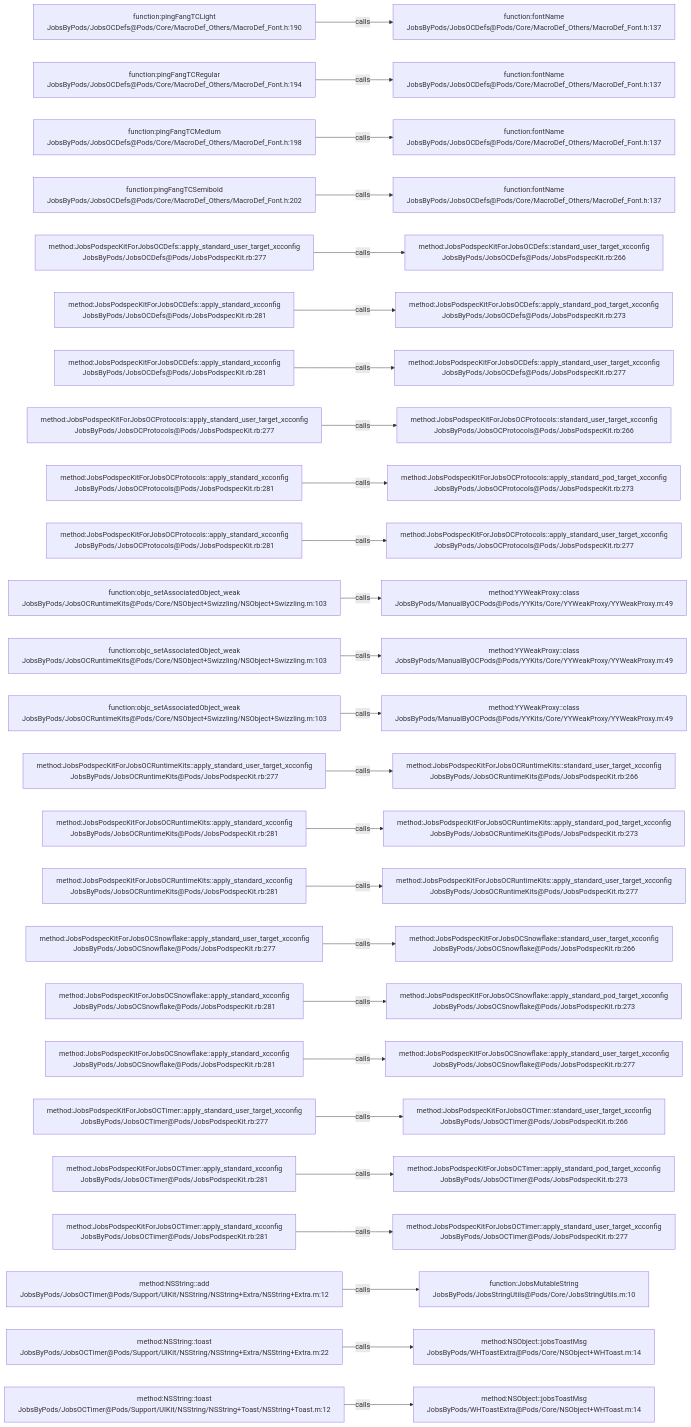
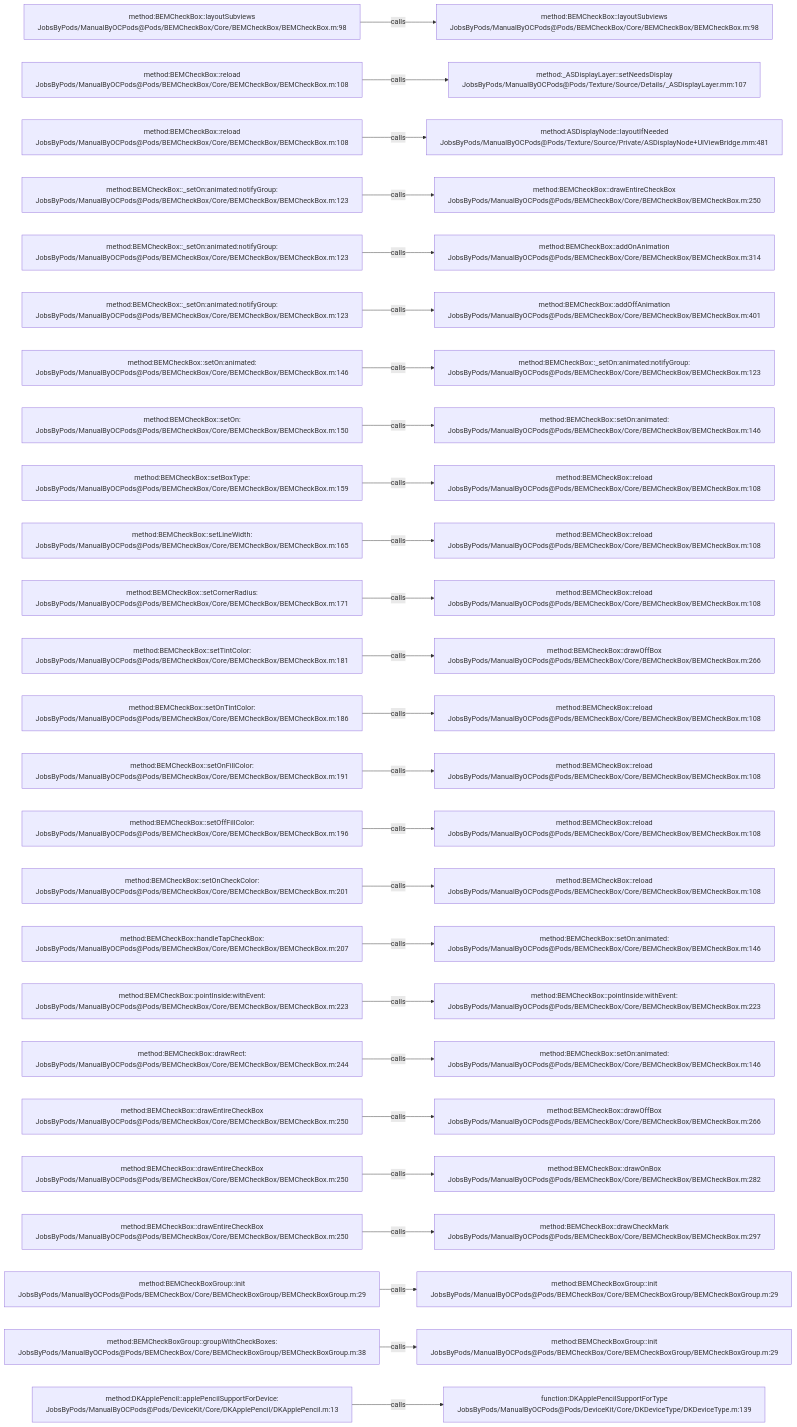
Before and after one commit to JobsKits/JobsOCBaseConfigDemo: the diagram in .codegraph/codegraph.md/graphs/calls-018.md, drawn with Mermaid. The commit also changed 1223 other files, not shown here.

````diff
--- a/.codegraph/codegraph.md/graphs/calls-018.md
+++ b/.codegraph/codegraph.md/graphs/calls-018.md
@@ -13,78 +13,78 @@
 ```mermaid
 flowchart LR
-  S1["function:pingFangTCLight<br/>JobsByPods/JobsOCDefs@Pods/Core/MacroDef_Others/MacroDef_Font.h:190"]
-  T1["function:fontName<br/>JobsByPods/JobsOCDefs@Pods/Core/MacroDef_Others/MacroDef_Font.h:137"]
+  S1["method:BEMCheckBox::layoutSubviews<br/>JobsByPods/ManualByOCPods@Pods/BEMCheckBox/Core/BEMCheckBox/BEMCheckBox.m:98"]
+  T1["method:BEMCheckBox::layoutSubviews<br/>JobsByPods/ManualByOCPods@Pods/BEMCheckBox/Core/BEMCheckBox/BEMCheckBox.m:98"]
   S1 -->|calls| T1
-  S2["function:pingFangTCRegular<br/>JobsByPods/JobsOCDefs@Pods/Core/MacroDef_Others/MacroDef_Font.h:194"]
-  T2["function:fontName<br/>JobsByPods/JobsOCDefs@Pods/Core/MacroDef_Others/MacroDef_Font.h:137"]
+  S2["method:BEMCheckBox::reload<br/>JobsByPods/ManualByOCPods@Pods/BEMCheckBox/Core/BEMCheckBox/BEMCheckBox.m:108"]
+  T2["method:_ASDisplayLayer::setNeedsDisplay<br/>JobsByPods/ManualByOCPods@Pods/Texture/Source/Details/_ASDisplayLayer.mm:107"]
   S2 -->|calls| T2
-  S3["function:pingFangTCMedium<br/>JobsByPods/JobsOCDefs@Pods/Core/MacroDef_Others/MacroDef_Font.h:198"]
-  T3["function:fontName<br/>JobsByPods/JobsOCDefs@Pods/Core/MacroDef_Others/MacroDef_Font.h:137"]
+  S3["method:BEMCheckBox::reload<br/>JobsByPods/ManualByOCPods@Pods/BEMCheckBox/Core/BEMCheckBox/BEMCheckBox.m:108"]
+  T3["method:ASDisplayNode::layoutIfNeeded<br/>JobsByPods/ManualByOCPods@Pods/Texture/Source/Private/ASDisplayNode+UIViewBridge.mm:481"]
   S3 -->|calls| T3
-  S4["function:pingFangTCSemibold<br/>JobsByPods/JobsOCDefs@Pods/Core/MacroDef_Others/MacroDef_Font.h:202"]
-  T4["function:fontName<br/>JobsByPods/JobsOCDefs@Pods/Core/MacroDef_Others/MacroDef_Font.h:137"]
+  S4["method:BEMCheckBox::_setOn:animated:notifyGroup:<br/>JobsByPods/ManualByOCPods@Pods/BEMCheckBox/Core/BEMCheckBox/BEMCheckBox.m:123"]
+  T4["method:BEMCheckBox::drawEntireCheckBox<br/>JobsByPods/ManualByOCPods@Pods/BEMCheckBox/Core/BEMCheckBox/BEMCheckBox.m:250"]
   S4 -->|calls| T4
-  S5["method:JobsPodspecKitForJobsOCDefs::apply_standard_user_target_xcconfig<br/>JobsByPods/JobsOCDefs@Pods/JobsPodspecKit.rb:277"]
-  T5["method:JobsPodspecKitForJobsOCDefs::standard_user_target_xcconfig<br/>JobsByPods/JobsOCDefs@Pods/JobsPodspecKit.rb:266"]
+  S5["method:BEMCheckBox::_setOn:animated:notifyGroup:<br/>JobsByPods/ManualByOCPods@Pods/BEMCheckBox/Core/BEMCheckBox/BEMCheckBox.m:123"]
+  T5["method:BEMCheckBox::addOnAnimation<br/>JobsByPods/ManualByOCPods@Pods/BEMCheckBox/Core/BEMCheckBox/BEMCheckBox.m:314"]
   S5 -->|calls| T5
-  S6["method:JobsPodspecKitForJobsOCDefs::apply_standard_xcconfig<br/>JobsByPods/JobsOCDefs@Pods/JobsPodspecKit.rb:281"]
-  T6["method:JobsPodspecKitForJobsOCDefs::apply_standard_pod_target_xcconfig<br/>JobsByPods/JobsOCDefs@Pods/JobsPodspecKit.rb:273"]
+  S6["method:BEMCheckBox::_setOn:animated:notifyGroup:<br/>JobsByPods/ManualByOCPods@Pods/BEMCheckBox/Core/BEMCheckBox/BEMCheckBox.m:123"]
+  T6["method:BEMCheckBox::addOffAnimation<br/>JobsByPods/ManualByOCPods@Pods/BEMCheckBox/Core/BEMCheckBox/BEMCheckBox.m:401"]
   S6 -->|calls| T6
-  S7["method:JobsPodspecKitForJobsOCDefs::apply_standard_xcconfig<br/>JobsByPods/JobsOCDefs@Pods/JobsPodspecKit.rb:281"]
-  T7["method:JobsPodspecKitForJobsOCDefs::apply_standard_user_target_xcconfig<br/>JobsByPods/JobsOCDefs@Pods/JobsPodspecKit.rb:277"]
+  S7["method:BEMCheckBox::setOn:animated:<br/>JobsByPods/ManualByOCPods@Pods/BEMCheckBox/Core/BEMCheckBox/BEMCheckBox.m:146"]
+  T7["method:BEMCheckBox::_setOn:animated:notifyGroup:<br/>JobsByPods/ManualByOCPods@Pods/BEMCheckBox/Core/BEMCheckBox/BEMCheckBox.m:123"]
   S7 -->|calls| T7
-  S8["method:JobsPodspecKitForJobsOCProtocols::apply_standard_user_target_xcconfig<br/>JobsByPods/JobsOCProtocols@Pods/JobsPodspecKit.rb:277"]
-  T8["method:JobsPodspecKitForJobsOCProtocols::standard_user_target_xcconfig<br/>JobsByPods/JobsOCProtocols@Pods/JobsPodspecKit.rb:266"]
+  S8["method:BEMCheckBox::setOn:<br/>JobsByPods/ManualByOCPods@Pods/BEMCheckBox/Core/BEMCheckBox/BEMCheckBox.m:150"]
+  T8["method:BEMCheckBox::setOn:animated:<br/>JobsByPods/ManualByOCPods@Pods/BEMCheckBox/Core/BEMCheckBox/BEMCheckBox.m:146"]
   S8 -->|calls| T8
-  S9["method:JobsPodspecKitForJobsOCProtocols::apply_standard_xcconfig<br/>JobsByPods/JobsOCProtocols@Pods/JobsPodspecKit.rb:281"]
-  T9["method:JobsPodspecKitForJobsOCProtocols::apply_standard_pod_target_xcconfig<br/>JobsByPods/JobsOCProtocols@Pods/JobsPodspecKit.rb:273"]
+  S9["method:BEMCheckBox::setBoxType:<br/>JobsByPods/ManualByOCPods@Pods/BEMCheckBox/Core/BEMCheckBox/BEMCheckBox.m:159"]
+  T9["method:BEMCheckBox::reload<br/>JobsByPods/ManualByOCPods@Pods/BEMCheckBox/Core/BEMCheckBox/BEMCheckBox.m:108"]
   S9 -->|calls| T9
-  S10["method:JobsPodspecKitForJobsOCProtocols::apply_standard_xcconfig<br/>JobsByPods/JobsOCProtocols@Pods/JobsPodspecKit.rb:281"]
-  T10["method:JobsPodspecKitForJobsOCProtocols::apply_standard_user_target_xcconfig<br/>JobsByPods/JobsOCProtocols@Pods/JobsPodspecKit.rb:277"]
+  S10["method:BEMCheckBox::setLineWidth:<br/>JobsByPods/ManualByOCPods@Pods/BEMCheckBox/Core/BEMCheckBox/BEMCheckBox.m:165"]
+  T10["method:BEMCheckBox::reload<br/>JobsByPods/ManualByOCPods@Pods/BEMCheckBox/Core/BEMCheckBox/BEMCheckBox.m:108"]
   S10 -->|calls| T10
-  S11["function:objc_setAssociatedObject_weak<br/>JobsByPods/JobsOCRuntimeKits@Pods/Core/NSObject+Swizzling/NSObject+Swizzling.m:103"]
-  T11["method:YYWeakProxy::class<br/>JobsByPods/ManualByOCPods@Pods/YYKits/Core/YYWeakProxy/YYWeakProxy.m:49"]
+  S11["method:BEMCheckBox::setCornerRadius:<br/>JobsByPods/ManualByOCPods@Pods/BEMCheckBox/Core/BEMCheckBox/BEMCheckBox.m:171"]
+  T11["method:BEMCheckBox::reload<br/>JobsByPods/ManualByOCPods@Pods/BEMCheckBox/Core/BEMCheckBox/BEMCheckBox.m:108"]
   S11 -->|calls| T11
-  S12["function:objc_setAssociatedObject_weak<br/>JobsByPods/JobsOCRuntimeKits@Pods/Core/NSObject+Swizzling/NSObject+Swizzling.m:103"]
-  T12["method:YYWeakProxy::class<br/>JobsByPods/ManualByOCPods@Pods/YYKits/Core/YYWeakProxy/YYWeakProxy.m:49"]
+  S12["method:BEMCheckBox::setTintColor:<br/>JobsByPods/ManualByOCPods@Pods/BEMCheckBox/Core/BEMCheckBox/BEMCheckBox.m:181"]
+  T12["method:BEMCheckBox::drawOffBox<br/>JobsByPods/ManualByOCPods@Pods/BEMCheckBox/Core/BEMCheckBox/BEMCheckBox.m:266"]
   S12 -->|calls| T12
-  S13["function:objc_setAssociatedObject_weak<br/>JobsByPods/JobsOCRuntimeKits@Pods/Core/NSObject+Swizzling/NSObject+Swizzling.m:103"]
-  T13["method:YYWeakProxy::class<br/>JobsByPods/ManualByOCPods@Pods/YYKits/Core/YYWeakProxy/YYWeakProxy.m:49"]
+  S13["method:BEMCheckBox::setOnTintColor:<br/>JobsByPods/ManualByOCPods@Pods/BEMCheckBox/Core/BEMCheckBox/BEMCheckBox.m:186"]
+  T13["method:BEMCheckBox::reload<br/>JobsByPods/ManualByOCPods@Pods/BEMCheckBox/Core/BEMCheckBox/BEMCheckBox.m:108"]
   S13 -->|calls| T13
-  S14["method:JobsPodspecKitForJobsOCRuntimeKits::apply_standard_user_target_xcconfig<br/>JobsByPods/JobsOCRuntimeKits@Pods/JobsPodspecKit.rb:277"]
-  T14["method:JobsPodspecKitForJobsOCRuntimeKits::standard_user_target_xcconfig<br/>JobsByPods/JobsOCRuntimeKits@Pods/JobsPodspecKit.rb:266"]
+  S14["method:BEMCheckBox::setOnFillColor:<br/>JobsByPods/ManualByOCPods@Pods/BEMCheckBox/Core/BEMCheckBox/BEMCheckBox.m:191"]
+  T14["method:BEMCheckBox::reload<br/>JobsByPods/ManualByOCPods@Pods/BEMCheckBox/Core/BEMCheckBox/BEMCheckBox.m:108"]
   S14 -->|calls| T14
-  S15["method:JobsPodspecKitForJobsOCRuntimeKits::apply_standard_xcconfig<br/>JobsByPods/JobsOCRuntimeKits@Pods/JobsPodspecKit.rb:281"]
-  T15["method:JobsPodspecKitForJobsOCRuntimeKits::apply_standard_pod_target_xcconfig<br/>JobsByPods/JobsOCRuntimeKits@Pods/JobsPodspecKit.rb:273"]
+  S15["method:BEMCheckBox::setOffFillColor:<br/>JobsByPods/ManualByOCPods@Pods/BEMCheckBox/Core/BEMCheckBox/BEMCheckBox.m:196"]
+  T15["method:BEMCheckBox::reload<br/>JobsByPods/ManualByOCPods@Pods/BEMCheckBox/Core/BEMCheckBox/BEMCheckBox.m:108"]
   S15 -->|calls| T15
-  S16["method:JobsPodspecKitForJobsOCRuntimeKits::apply_standard_xcconfig<br/>JobsByPods/JobsOCRuntimeKits@Pods/JobsPodspecKit.rb:281"]
-  T16["method:JobsPodspecKitForJobsOCRuntimeKits::apply_standard_user_target_xcconfig<br/>JobsByPods/JobsOCRuntimeKits@Pods/JobsPodspecKit.rb:277"]
+  S16["method:BEMCheckBox::setOnCheckColor:<br/>JobsByPods/ManualByOCPods@Pods/BEMCheckBox/Core/BEMCheckBox/BEMCheckBox.m:201"]
+  T16["method:BEMCheckBox::reload<br/>JobsByPods/ManualByOCPods@Pods/BEMCheckBox/Core/BEMCheckBox/BEMCheckBox.m:108"]
   S16 -->|calls| T16
-  S17["method:JobsPodspecKitForJobsOCSnowflake::apply_standard_user_target_xcconfig<br/>JobsByPods/JobsOCSnowflake@Pods/JobsPodspecKit.rb:277"]
-  T17["method:JobsPodspecKitForJobsOCSnowflake::standard_user_target_xcconfig<br/>JobsByPods/JobsOCSnowflake@Pods/JobsPodspecKit.rb:266"]
+  S17["method:BEMCheckBox::handleTapCheckBox:<br/>JobsByPods/ManualByOCPods@Pods/BEMCheckBox/Core/BEMCheckBox/BEMCheckBox.m:207"]
+  T17["method:BEMCheckBox::setOn:animated:<br/>JobsByPods/ManualByOCPods@Pods/BEMCheckBox/Core/BEMCheckBox/BEMCheckBox.m:146"]
   S17 -->|calls| T17
-  S18["method:JobsPodspecKitForJobsOCSnowflake::apply_standard_xcconfig<br/>JobsByPods/JobsOCSnowflake@Pods/JobsPodspecKit.rb:281"]
-  T18["method:JobsPodspecKitForJobsOCSnowflake::apply_standard_pod_target_xcconfig<br/>JobsByPods/JobsOCSnowflake@Pods/JobsPodspecKit.rb:273"]
+  S18["method:BEMCheckBox::pointInside:withEvent:<br/>JobsByPods/ManualByOCPods@Pods/BEMCheckBox/Core/BEMCheckBox/BEMCheckBox.m:223"]
+  T18["method:BEMCheckBox::pointInside:withEvent:<br/>JobsByPods/ManualByOCPods@Pods/BEMCheckBox/Core/BEMCheckBox/BEMCheckBox.m:223"]
   S18 -->|calls| T18
-  S19["method:JobsPodspecKitForJobsOCSnowflake::apply_standard_xcconfig<br/>JobsByPods/JobsOCSnowflake@Pods/JobsPodspecKit.rb:281"]
-  T19["method:JobsPodspecKitForJobsOCSnowflake::apply_standard_user_target_xcconfig<br/>JobsByPods/JobsOCSnowflake@Pods/JobsPodspecKit.rb:277"]
+  S19["method:BEMCheckBox::drawRect:<br/>JobsByPods/ManualByOCPods@Pods/BEMCheckBox/Core/BEMCheckBox/BEMCheckBox.m:244"]
+  T19["method:BEMCheckBox::setOn:animated:<br/>JobsByPods/ManualByOCPods@Pods/BEMCheckBox/Core/BEMCheckBox/BEMCheckBox.m:146"]
   S19 -->|calls| T19
-  S20["method:JobsPodspecKitForJobsOCTimer::apply_standard_user_target_xcconfig<br/>JobsByPods/JobsOCTimer@Pods/JobsPodspecKit.rb:277"]
-  T20["method:JobsPodspecKitForJobsOCTimer::standard_user_target_xcconfig<br/>JobsByPods/JobsOCTimer@Pods/JobsPodspecKit.rb:266"]
+  S20["method:BEMCheckBox::drawEntireCheckBox<br/>JobsByPods/ManualByOCPods@Pods/BEMCheckBox/Core/BEMCheckBox/BEMCheckBox.m:250"]
+  T20["method:BEMCheckBox::drawOffBox<br/>JobsByPods/ManualByOCPods@Pods/BEMCheckBox/Core/BEMCheckBox/BEMCheckBox.m:266"]
   S20 -->|calls| T20
-  S21["method:JobsPodspecKitForJobsOCTimer::apply_standard_xcconfig<br/>JobsByPods/JobsOCTimer@Pods/JobsPodspecKit.rb:281"]
-  T21["method:JobsPodspecKitForJobsOCTimer::apply_standard_pod_target_xcconfig<br/>JobsByPods/JobsOCTimer@Pods/JobsPodspecKit.rb:273"]
+  S21["method:BEMCheckBox::drawEntireCheckBox<br/>JobsByPods/ManualByOCPods@Pods/BEMCheckBox/Core/BEMCheckBox/BEMCheckBox.m:250"]
+  T21["method:BEMCheckBox::drawOnBox<br/>JobsByPods/ManualByOCPods@Pods/BEMCheckBox/Core/BEMCheckBox/BEMCheckBox.m:282"]
   S21 -->|calls| T21
-  S22["method:JobsPodspecKitForJobsOCTimer::apply_standard_xcconfig<br/>JobsByPods/JobsOCTimer@Pods/JobsPodspecKit.rb:281"]
-  T22["method:JobsPodspecKitForJobsOCTimer::apply_standard_user_target_xcconfig<br/>JobsByPods/JobsOCTimer@Pods/JobsPodspecKit.rb:277"]
+  S22["method:BEMCheckBox::drawEntireCheckBox<br/>JobsByPods/ManualByOCPods@Pods/BEMCheckBox/Core/BEMCheckBox/BEMCheckBox.m:250"]
+  T22["method:BEMCheckBox::drawCheckMark<br/>JobsByPods/ManualByOCPods@Pods/BEMCheckBox/Core/BEMCheckBox/BEMCheckBox.m:297"]
   S22 -->|calls| T22
-  S23["method:NSString::add<br/>JobsByPods/JobsOCTimer@Pods/Support/UIKit/NSString/NSString+Extra/NSString+Extra.m:12"]
-  T23["function:JobsMutableString<br/>JobsByPods/JobsStringUtils@Pods/Core/JobsStringUtils.m:10"]
+  S23["method:BEMCheckBoxGroup::init<br/>JobsByPods/ManualByOCPods@Pods/BEMCheckBox/Core/BEMCheckBoxGroup/BEMCheckBoxGroup.m:29"]
+  T23["method:BEMCheckBoxGroup::init<br/>JobsByPods/ManualByOCPods@Pods/BEMCheckBox/Core/BEMCheckBoxGroup/BEMCheckBoxGroup.m:29"]
   S23 -->|calls| T23
-  S24["method:NSString::toast<br/>JobsByPods/JobsOCTimer@Pods/Support/UIKit/NSString/NSString+Extra/NSString+Extra.m:22"]
-  T24["method:NSObject::jobsToastMsg<br/>JobsByPods/WHToastExtra@Pods/Core/NSObject+WHToast.m:14"]
+  S24["method:BEMCheckBoxGroup::groupWithCheckBoxes:<br/>JobsByPods/ManualByOCPods@Pods/BEMCheckBox/Core/BEMCheckBoxGroup/BEMCheckBoxGroup.m:38"]
+  T24["method:BEMCheckBoxGroup::init<br/>JobsByPods/ManualByOCPods@Pods/BEMCheckBox/Core/BEMCheckBoxGroup/BEMCheckBoxGroup.m:29"]
   S24 -->|calls| T24
-  S25["method:NSString::toast<br/>JobsByPods/JobsOCTimer@Pods/Support/UIKit/NSString/NSString+Toast/NSString+Toast.m:12"]
-  T25["method:NSObject::jobsToastMsg<br/>JobsByPods/WHToastExtra@Pods/Core/NSObject+WHToast.m:14"]
+  S25["method:DKApplePencil::applePencilSupportForDevice:<br/>JobsByPods/ManualByOCPods@Pods/DeviceKit/Core/DKApplePencil/DKApplePencil.m:13"]
+  T25["function:DKApplePencilSupportForType<br/>JobsByPods/ManualByOCPods@Pods/DeviceKit/Core/DKDeviceType/DKDeviceType.m:139"]
   S25 -->|calls| T25
 ```
````
